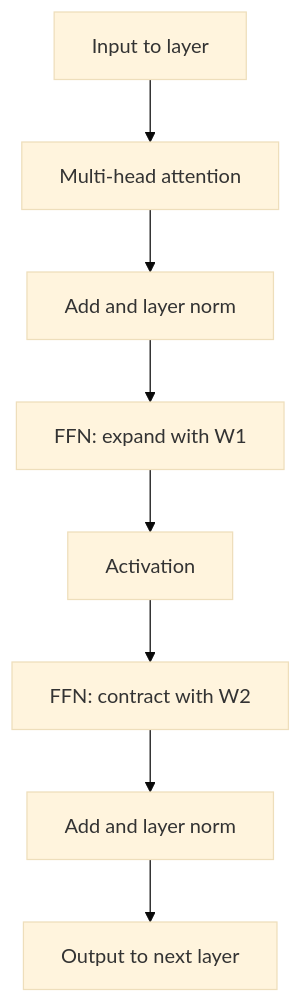
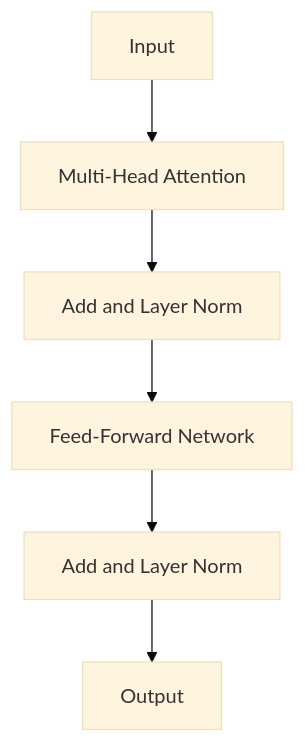
Before and after one commit to kaisarnajar/outcome-school-blogs: the first of 3 diagrams in notes/step-03-generative-ai-and-the-transformer-architecture/062-feed-forward-networks-in-llms.md, drawn with Mermaid (base theme). The commit also changed other lines of this file and 233 other files, not shown here.

````diff
--- a/notes/step-03-generative-ai-and-the-transformer-architecture/062-feed-forward-networks-in-llms.md
+++ b/notes/step-03-generative-ai-and-the-transformer-architecture/062-feed-forward-networks-in-llms.md
@@ -43,10 +64,8 @@
 ```mermaid
 flowchart TD
-    A["Input to layer"] --> B["Multi-head attention"]
-    B --> C["Add and layer norm"]
-    C --> D["FFN: expand with W1"]
-    D --> E["Activation"]
-    E --> F["FFN: contract with W2"]
-    F --> G["Add and layer norm"]
-    G --> H["Output to next layer"]
+    I1["Input"] --> A1["Multi-Head Attention"]
+    A1 --> A2["Add and Layer Norm"]
+    A2 --> F1["Feed-Forward Network"]
+    F1 --> F2["Add and Layer Norm"]
+    F2 --> O1["Output"]
 ```
````
